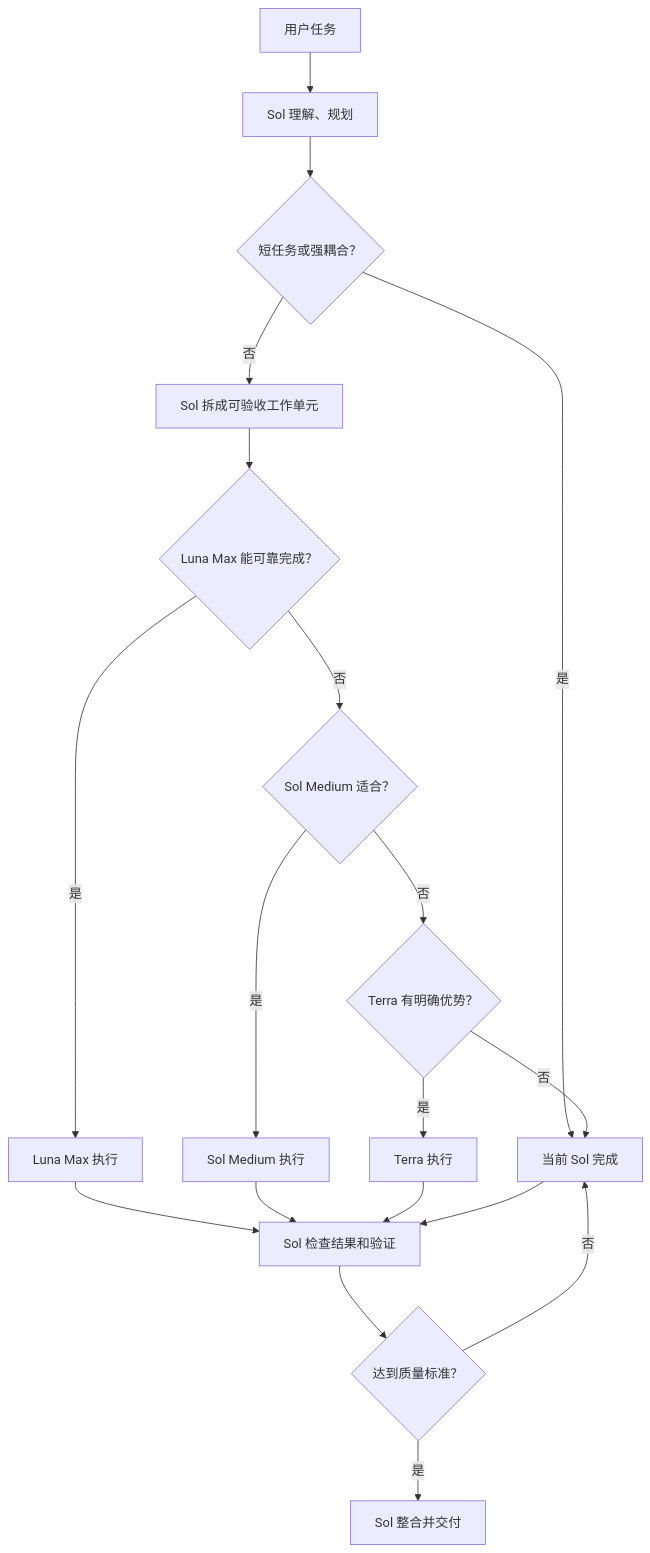
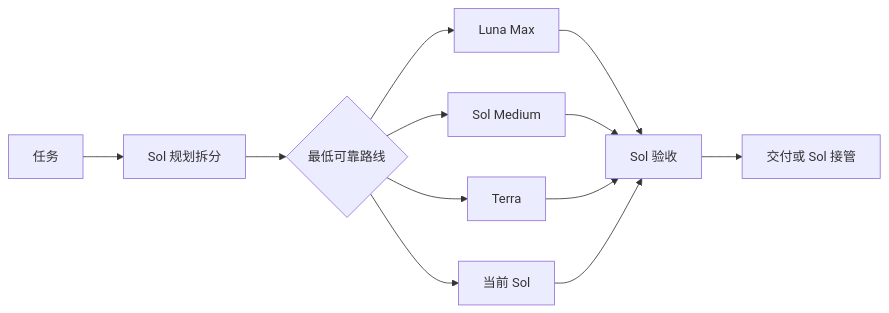
Before and after one commit to 9holy/codex-quality-orchestrator: the first of 2 diagrams in README.md, drawn with Mermaid. The commit also changed other lines of this file and 5 other files, not shown here.

````diff
--- a/README.md
+++ b/README.md
@@ -23,21 +23,13 @@
 ```mermaid
-flowchart TD
-    A["用户任务"] --> B["Sol 理解、规划"]
-    B --> C{"短任务或强耦合？"}
-    C -->|"是"| D["当前 Sol 完成"]
-    C -->|"否"| E["Sol 拆成可验收工作单元"]
-    E --> F{"Luna Max 能可靠完成？"}
-    F -->|"是"| G["Luna Max 执行"]
-    F -->|"否"| H{"Sol Medium 适合？"}
-    H -->|"是"| I["Sol Medium 执行"]
-    H -->|"否"| J{"Terra 有明确优势？"}
-    J -->|"是"| K["Terra 执行"]
-    J -->|"否"| D
-    G --> L["Sol 检查结果和验证"]
-    I --> L
-    K --> L
-    D --> L
-    L --> M{"达到质量标准？"}
-    M -->|"是"| N["Sol 整合并交付"]
-    M -->|"否"| D
+flowchart LR
+    A["任务"] --> B["Sol 规划拆分"] --> C{"最低可靠路线"}
+    C --> D["Luna Max"]
+    C --> E["Sol Medium"]
+    C --> F["Terra"]
+    C --> G["当前 Sol"]
+    D --> H["Sol 验收"]
+    E --> H
+    F --> H
+    G --> H
+    H --> I["交付或 Sol 接管"]
 ```
````
